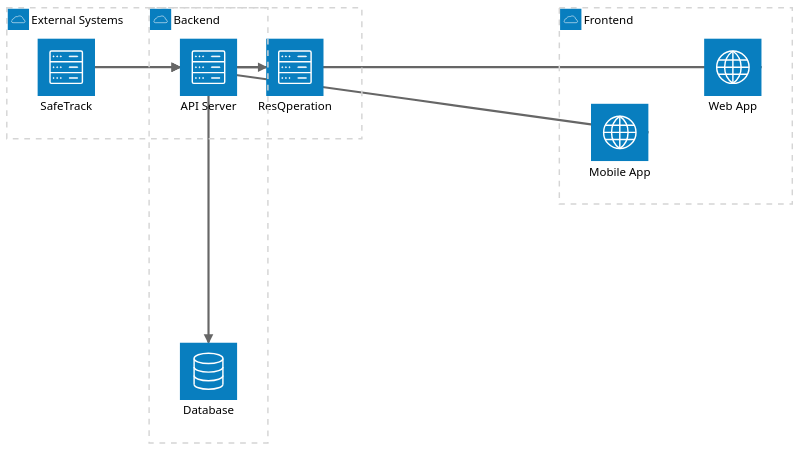
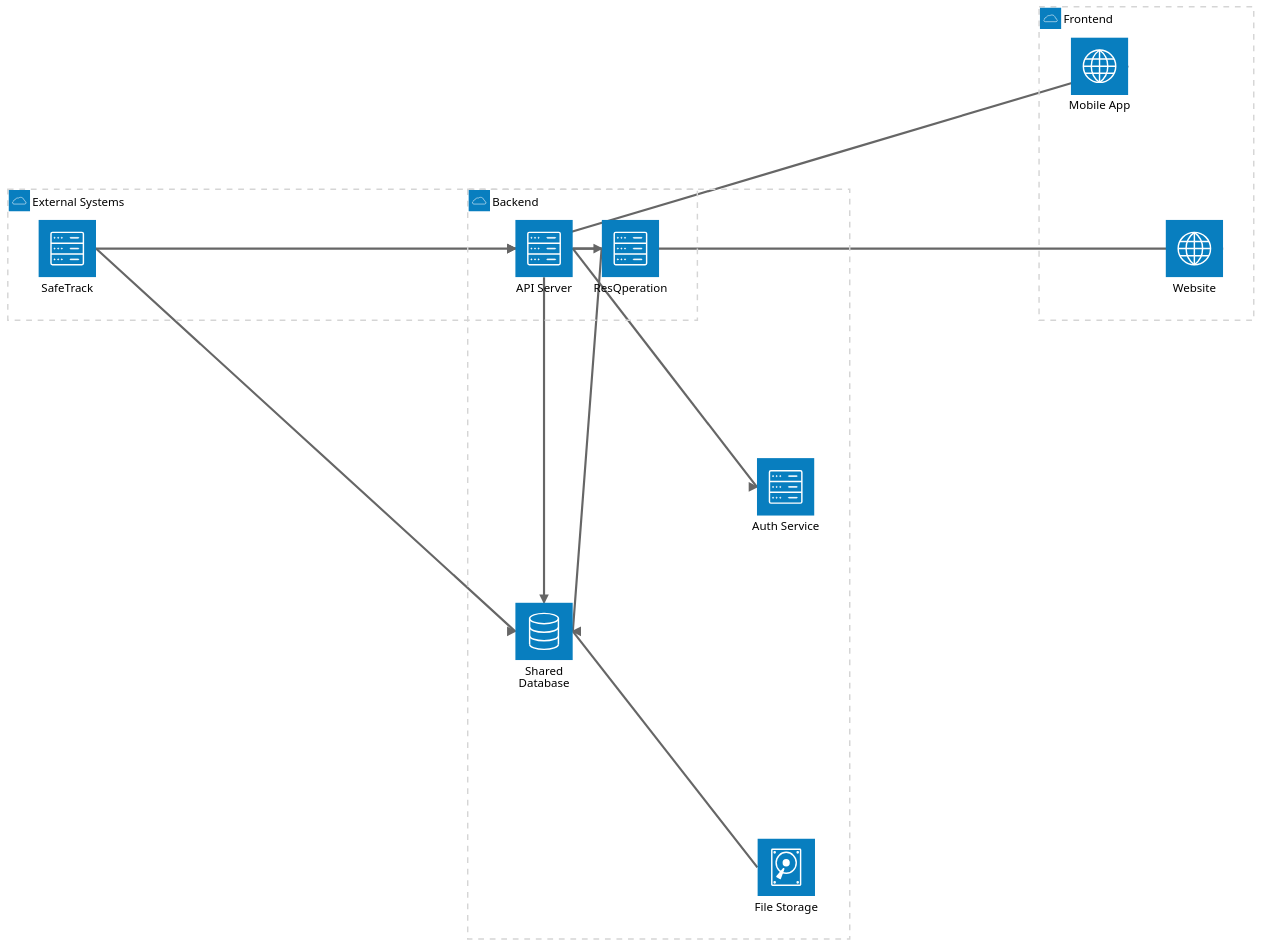
The second of 2 diagrams in docs/architecture.md (klint-droid/EvaTrack), drawn with Mermaid (neutral theme) before and after one commit.

Commit message:
docs(architecture): use exact user resources and connect partner systems to single shared database

````diff
--- a/docs/architecture.md
+++ b/docs/architecture.md
@@ -129,21 +129,28 @@
 ```mermaid
 architecture-beta
     group frontend(cloud)[Frontend]
     group backend(cloud)[Backend]
     group external(cloud)[External Systems]
 
-    service web(internet)[Web App] in frontend
+    service web(internet)[Website] in frontend
     service mobile(internet)[Mobile App] in frontend
 
     service api(server)[API Server] in backend
-    service db(database)[Database] in backend
+    service auth(server)[Auth Service] in backend
+    service db(database)[Shared Database] in backend
+    service files(disk)[File Storage] in backend
 
     service safetrack(server)[SafeTrack] in external
     service resq(server)[ResQperation] in external
 
     web:R --> L:api
     mobile:R --> L:api
+    api:R --> L:auth
     api:B --> T:db
+    db:R -- L:files
+
+    safetrack:R --> L:db
+    resq:L --> R:db
     safetrack:R --> L:api
     api:R --> L:resq
 ```
````
